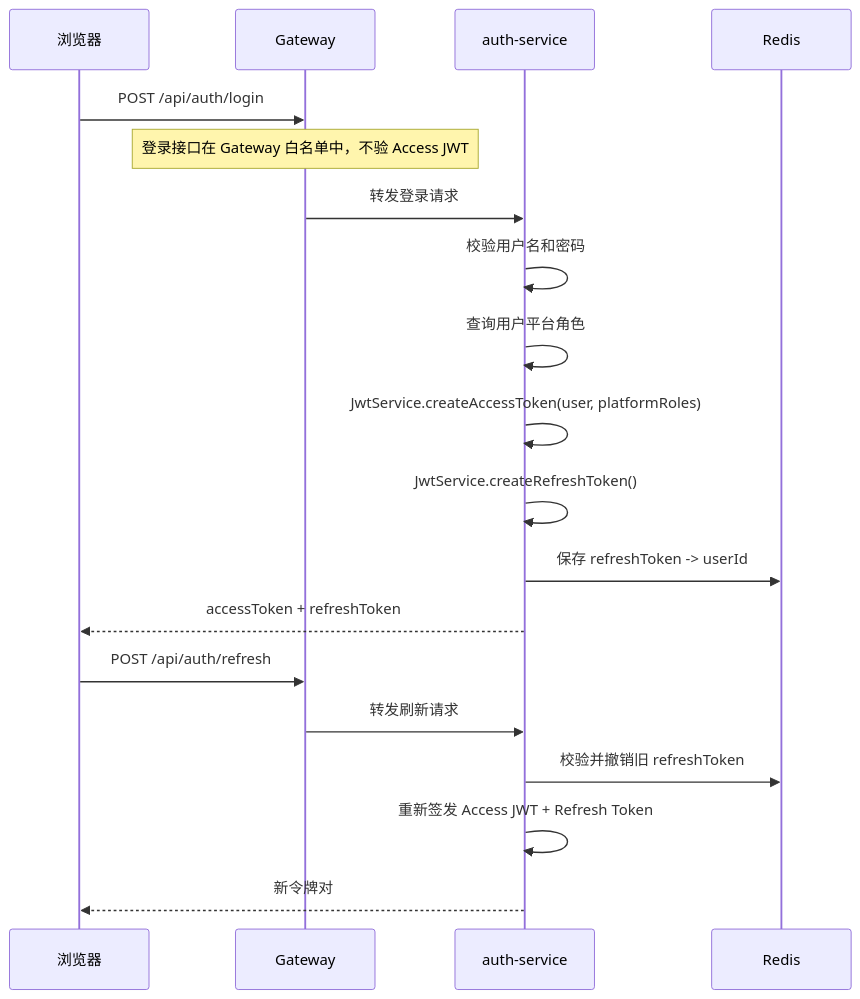
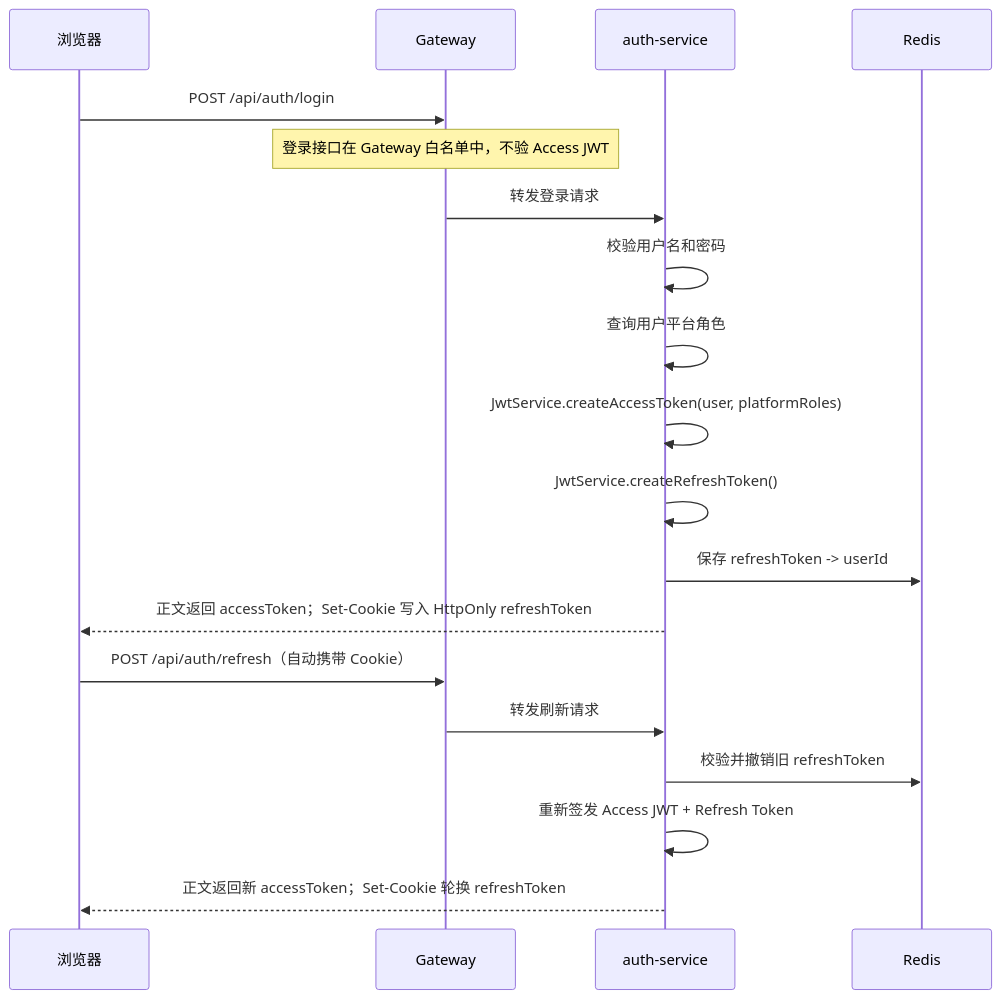
One commit to xiaowu0203/Agent-Doc-Workbench changed the second of 7 diagrams in docs/auth-signature-verification-flow.md. Above: the diagram before and after it, drawn with Mermaid. The commit also changed other lines of this file and 45 other files, not shown here.

````diff
--- a/docs/auth-signature-verification-flow.md
+++ b/docs/auth-signature-verification-flow.md
@@ -58,23 +58,23 @@
 ```mermaid
 sequenceDiagram
     participant U as 浏览器
     participant G as Gateway
     participant A as auth-service
     participant R as Redis
 
     U->>G: POST /api/auth/login
     Note over G: 登录接口在 Gateway 白名单中，不验 Access JWT
     G->>A: 转发登录请求
     A->>A: 校验用户名和密码
     A->>A: 查询用户平台角色
     A->>A: JwtService.createAccessToken(user, platformRoles)
     A->>A: JwtService.createRefreshToken()
     A->>R: 保存 refreshToken -> userId
-    A-->>U: accessToken + refreshToken
+    A-->>U: 正文返回 accessToken；Set-Cookie 写入 HttpOnly refreshToken
 
-    U->>G: POST /api/auth/refresh
+    U->>G: POST /api/auth/refresh（自动携带 Cookie）
     G->>A: 转发刷新请求
     A->>R: 校验并撤销旧 refreshToken
     A->>A: 重新签发 Access JWT + Refresh Token
-    A-->>U: 新令牌对
+    A-->>U: 正文返回新 accessToken；Set-Cookie 轮换 refreshToken
 ```
````
